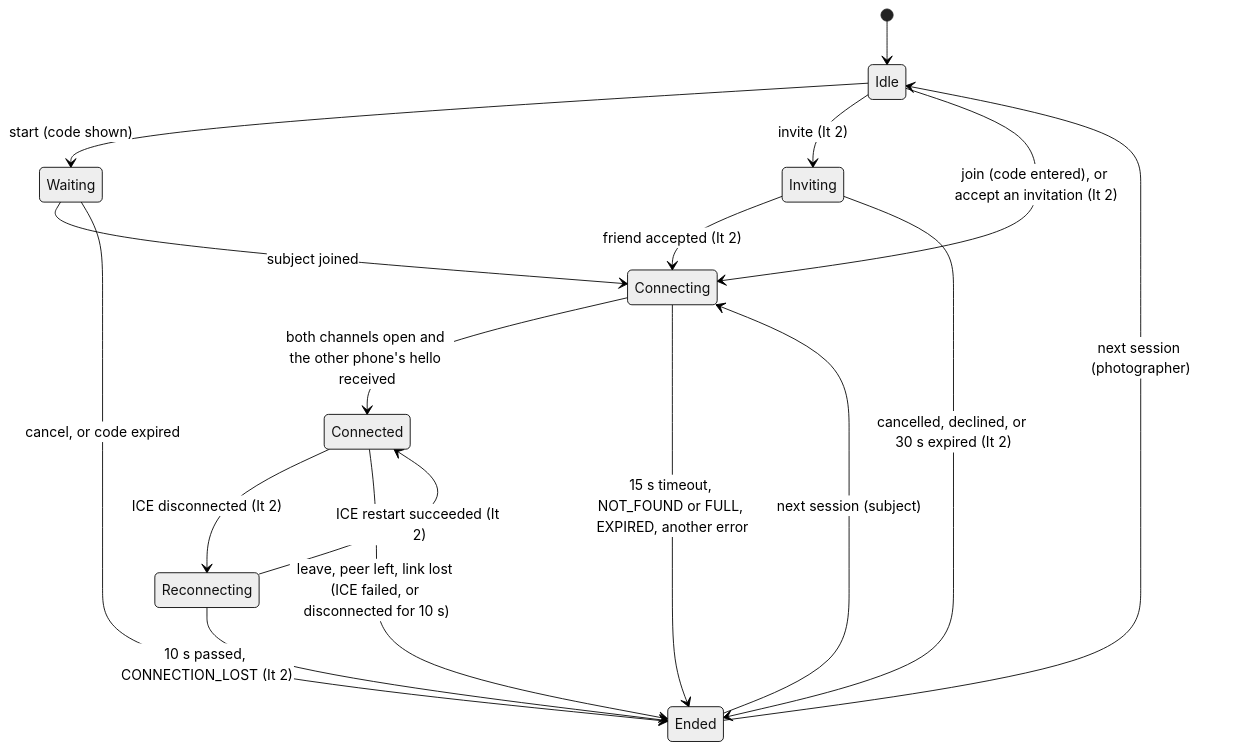
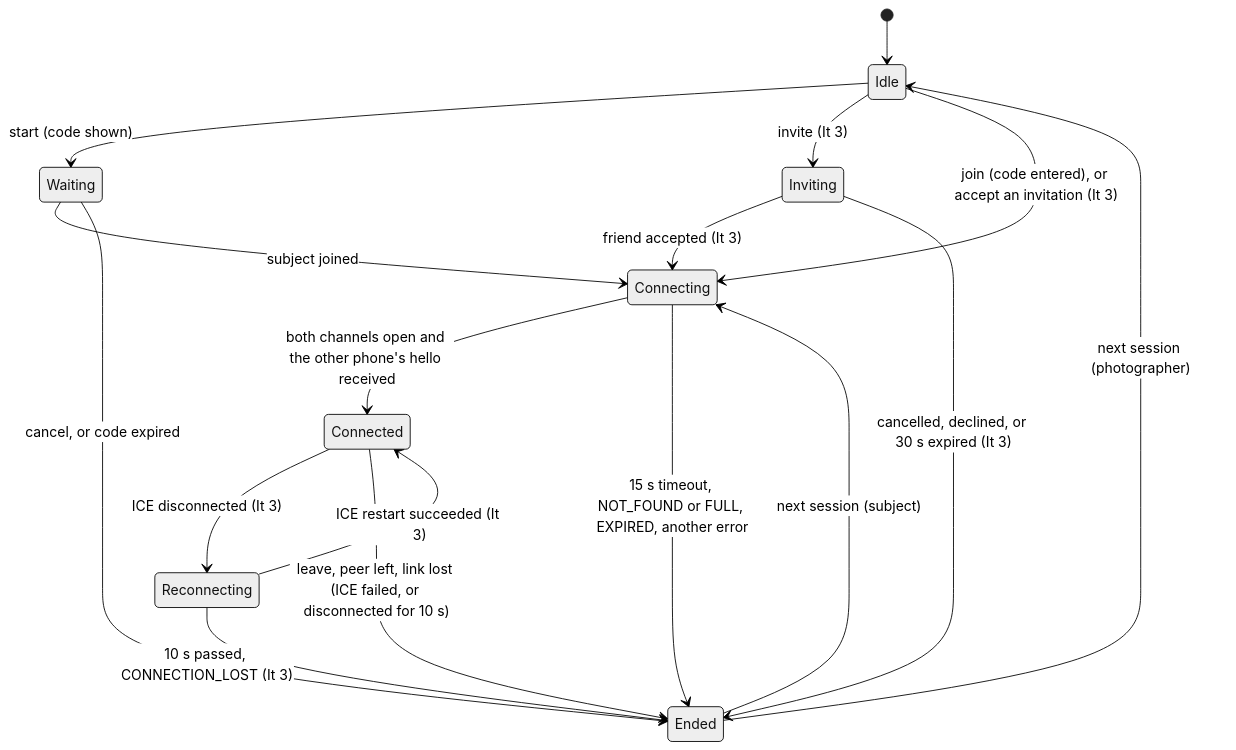
Before and after one commit to snuhcs-course/swpp-2026-project-team-10: the tenth of 12 diagrams in wiki/Design-Documentation.md, drawn with Mermaid (neutral theme). The commit also changed other lines of this file and 1 other file, not shown here.

````diff
--- a/wiki/Design-Documentation.md
+++ b/wiki/Design-Documentation.md
@@ -921,19 +919,19 @@
 ```mermaid
 stateDiagram-v2
   [*] --> Idle
   Idle --> Waiting: start (code shown)
-  Idle --> Inviting: invite (It 2)
-  Idle --> Connecting: join (code entered), or accept an invitation (It 2)
+  Idle --> Inviting: invite (It 3)
+  Idle --> Connecting: join (code entered), or accept an invitation (It 3)
   Waiting --> Connecting: subject joined
   Waiting --> Ended: cancel, or code expired
-  Inviting --> Connecting: friend accepted (It 2)
-  Inviting --> Ended: cancelled, declined, or 30 s expired (It 2)
+  Inviting --> Connecting: friend accepted (It 3)
+  Inviting --> Ended: cancelled, declined, or 30 s expired (It 3)
   Connecting --> Connected: both channels open and the other phone's hello received
   Connecting --> Ended: 15 s timeout, NOT_FOUND or FULL, EXPIRED, another error
-  Connected --> Reconnecting: ICE disconnected (It 2)
-  Reconnecting --> Connected: ICE restart succeeded (It 2)
-  Reconnecting --> Ended: 10 s passed, CONNECTION_LOST (It 2)
+  Connected --> Reconnecting: ICE disconnected (It 3)
+  Reconnecting --> Connected: ICE restart succeeded (It 3)
+  Reconnecting --> Ended: 10 s passed, CONNECTION_LOST (It 3)
   Connected --> Ended: leave, peer left, link lost (ICE failed, or disconnected for 10 s)
   Ended --> Idle: next session (photographer)
   Ended --> Connecting: next session (subject)
 ```
````
